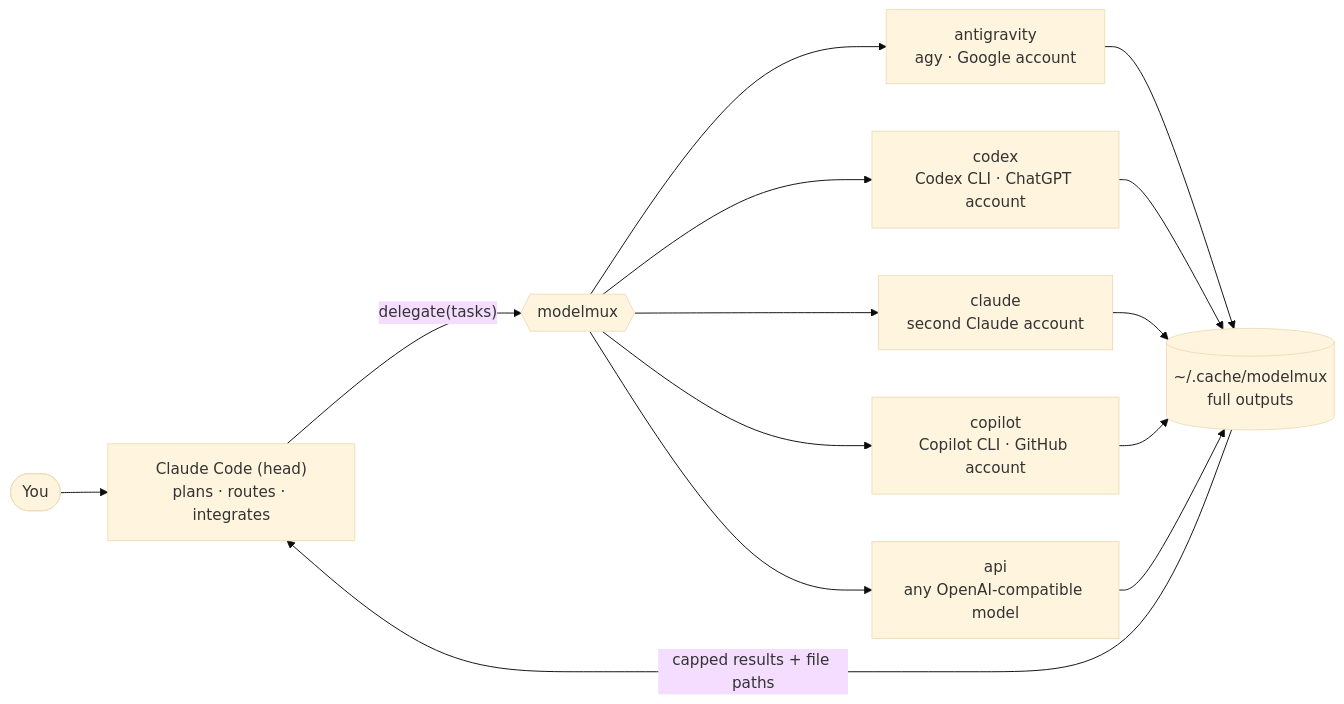
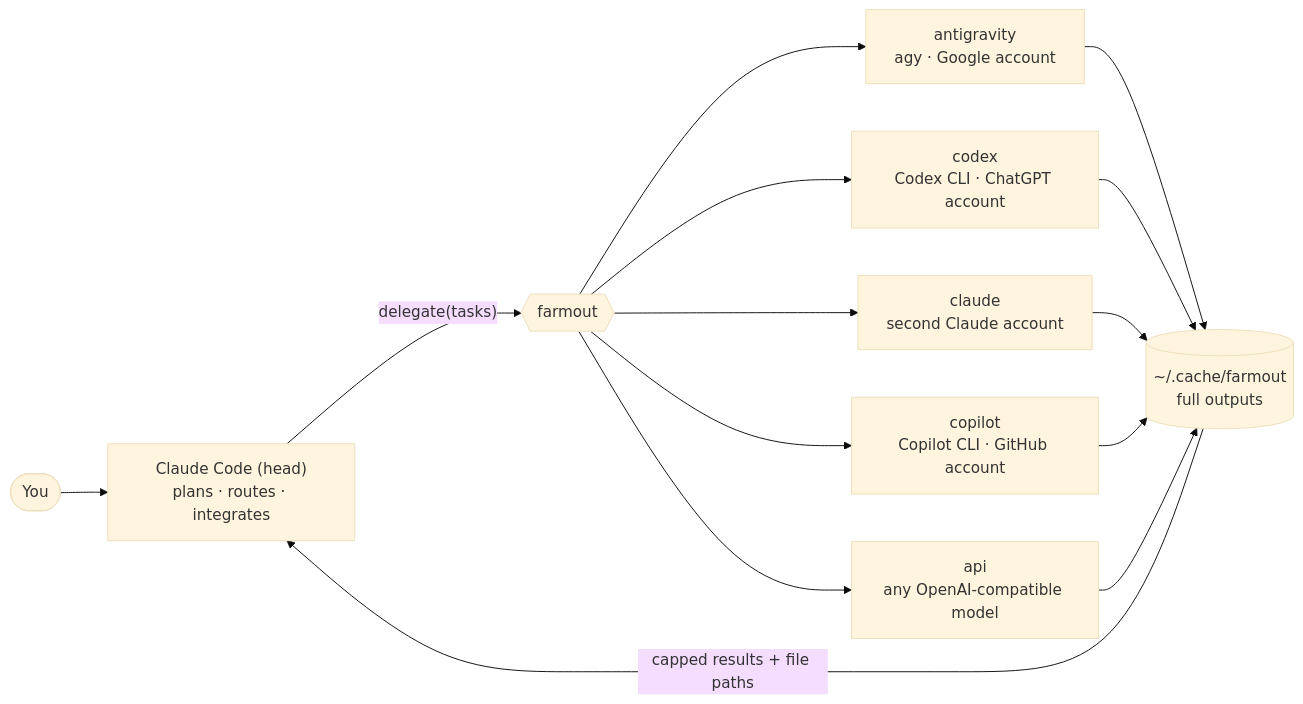
One commit to JayPokale/farmout changed the diagram in README.md. Above: the diagram before and after it, drawn with Mermaid (base theme). The commit also changed other lines of this file and 33 other files, not shown here.

First line of the commit message:
Rename modelmux to farmout

````diff
--- a/README.md
+++ b/README.md
@@ -33,12 +33,12 @@
 ```mermaid
 flowchart LR
     you([You]) --> head["Claude Code (head)<br/>plans · routes · integrates"]
-    head -- "delegate(tasks)" --> mux{{modelmux}}
+    head -- "delegate(tasks)" --> mux{{farmout}}
     mux --> ag["antigravity<br/>agy · Google account"]
     mux --> cx["codex<br/>Codex CLI · ChatGPT account"]
     mux --> cl["claude<br/>second Claude account"]
     mux --> cp["copilot<br/>Copilot CLI · GitHub account"]
     mux --> oa["api<br/>any OpenAI-compatible model"]
-    ag & cx & cl & cp & oa --> disk[("~/.cache/modelmux<br/>full outputs")]
+    ag & cx & cl & cp & oa --> disk[("~/.cache/farmout<br/>full outputs")]
     disk -- "capped results + file paths" --> head
 ```
````
